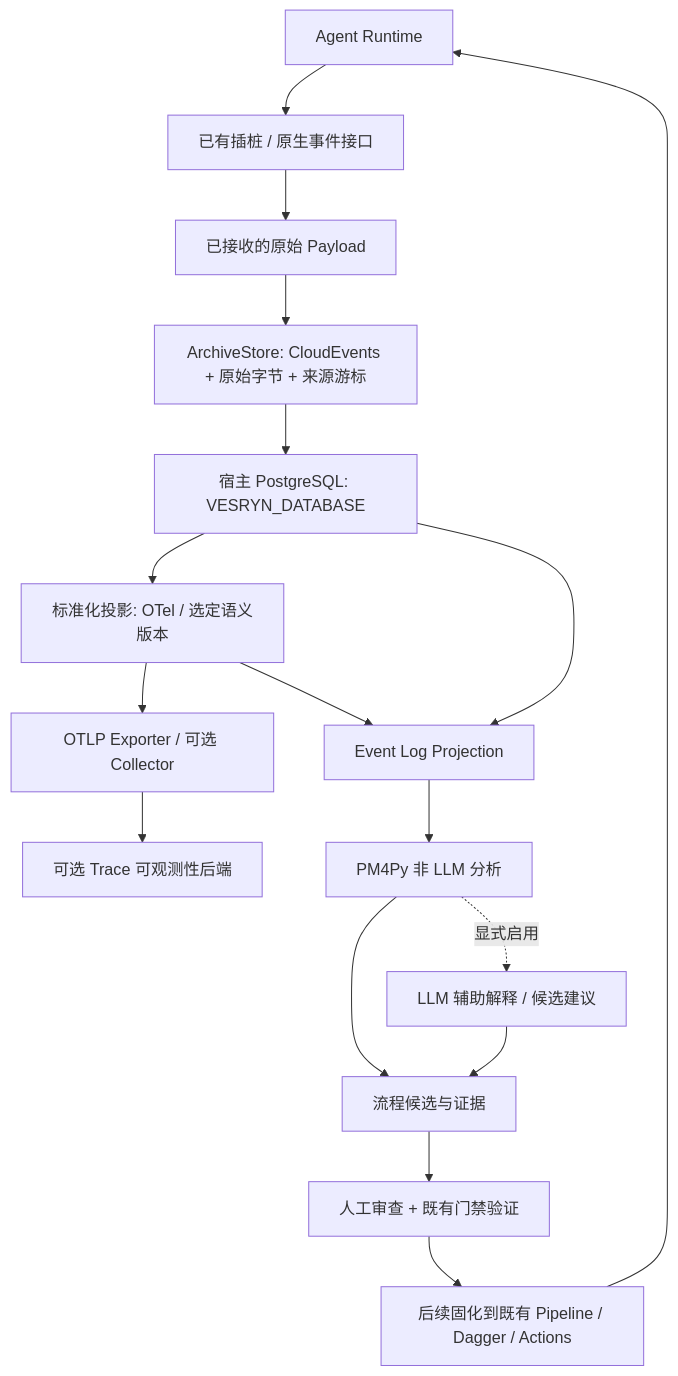
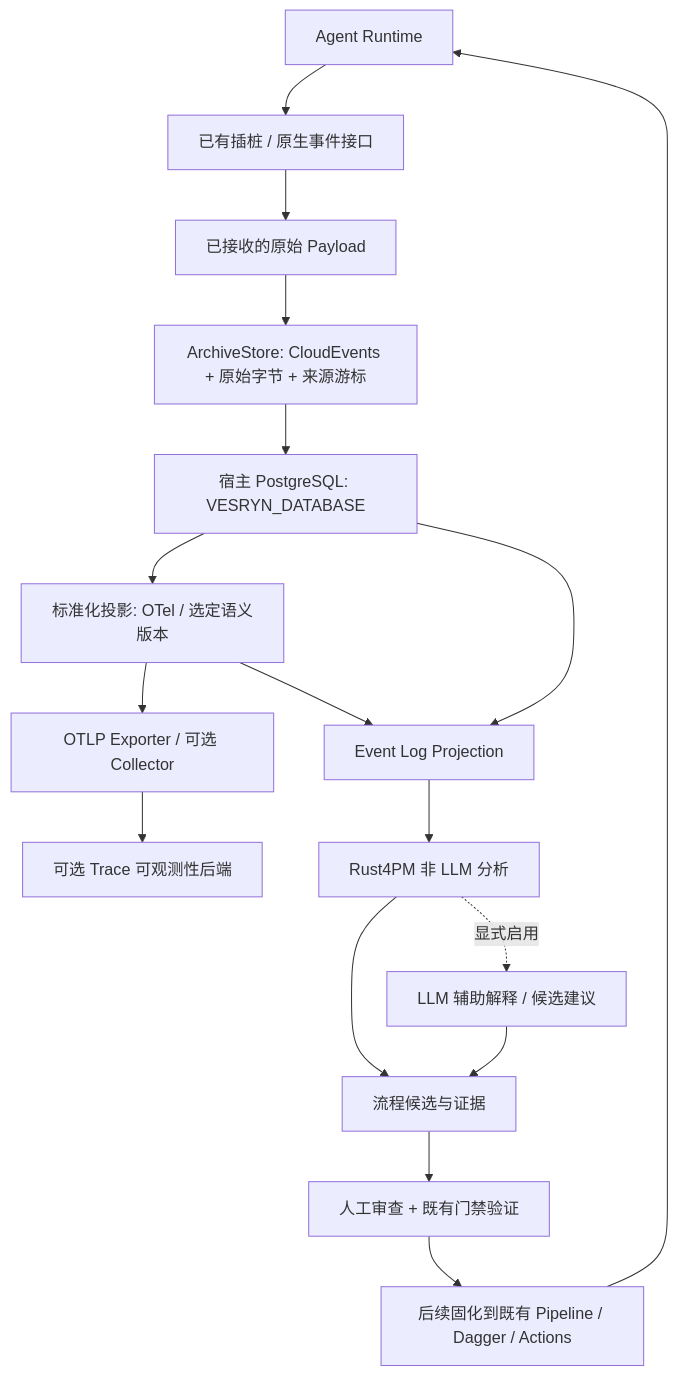
The diagram in docs/architecture/workflow-optimization/design.md (dymzz/engineering-ci), drawn with Mermaid before and after one commit. The commit also changed other lines of this file and 21 other files, not shown here.

````diff
--- a/docs/architecture/workflow-optimization/design.md
+++ b/docs/architecture/workflow-optimization/design.md
@@ -97,19 +97,19 @@
 ```mermaid
 flowchart TD
     A[Agent Runtime] --> B[已有插桩 / 原生事件接口]
     B --> C[已接收的原始 Payload]
     C --> D[ArchiveStore: CloudEvents + 原始字节 + 来源游标]
     D --> E[宿主 PostgreSQL: VESRYN_DATABASE]
     E --> F[标准化投影: OTel / 选定语义版本]
     F --> G[OTLP Exporter / 可选 Collector]
     G --> H[可选 Trace 可观测性后端]
     E --> I[Event Log Projection]
     F --> I
-    I --> J[PM4Py 非 LLM 分析]
+    I --> J[Rust4PM 非 LLM 分析]
     J --> K[流程候选与证据]
     K --> L[人工审查 + 既有门禁验证]
     L --> M[后续固化到既有 Pipeline / Dagger / Actions]
     M --> A
     J -. 显式启用 .-> N[LLM 辅助解释 / 候选建议]
     N --> K
 ```
````
